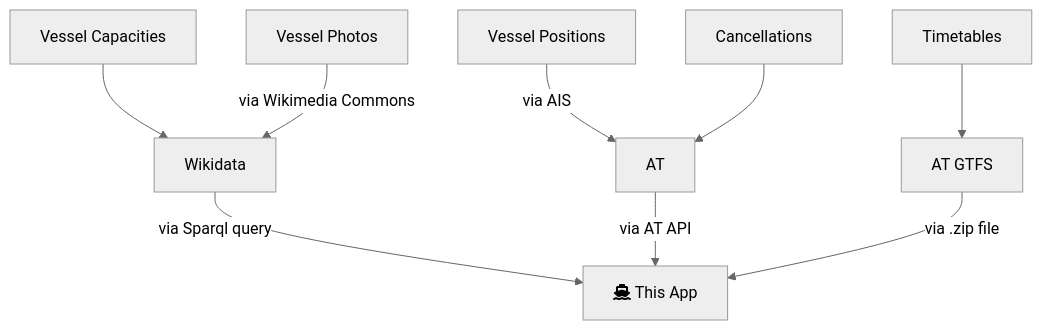
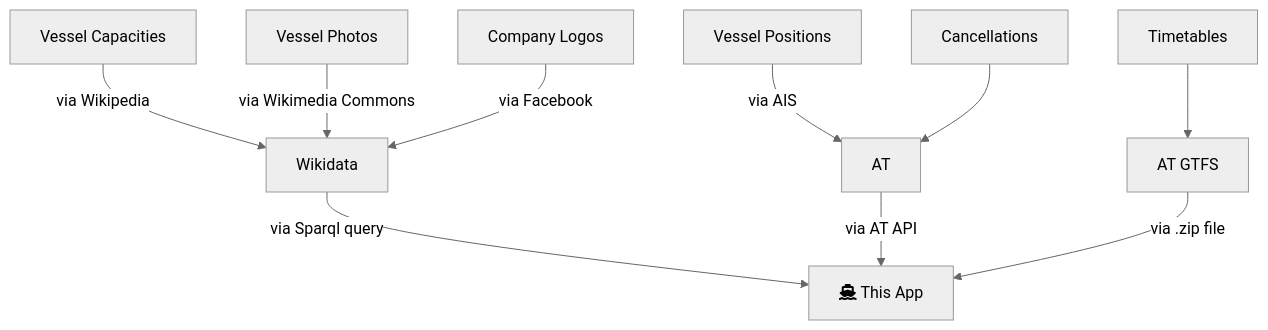
Before and after one commit to k-yle/akl-ferry-capacity: the diagram in README.md, drawn with Mermaid (neutral theme). The commit also changed 4 other files, not shown here.

````diff
--- a/README.md
+++ b/README.md
@@ -11,12 +11,13 @@
 ```mermaid
 flowchart TD
     VesselPositions["Vessel Positions"] -->|via AIS| AT
     Cancellations --> AT
 
-    VesselDetails["Vessel Capacities"] --> Wikidata
+    VesselDetails["Vessel Capacities"] -->|via Wikipedia| Wikidata
     VesselPhotos["Vessel Photos"] -->|via Wikimedia Commons| Wikidata
     Wikidata -->|via Sparql query| ThisApp[fa:fa-ship This App]
     AT -->|via AT API| ThisApp
     Timetables --> AT_GTFS[AT GTFS]
     AT_GTFS -->|via .zip file| ThisApp
+    Logos["Company Logos"] -->|via Facebook| Wikidata
 ```
````
